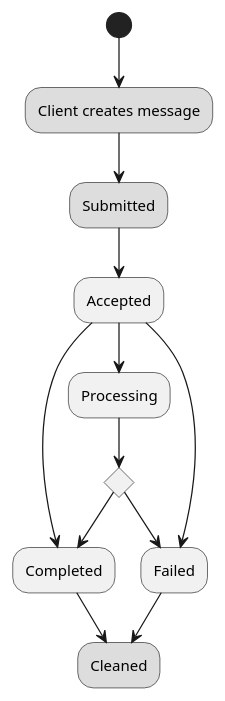
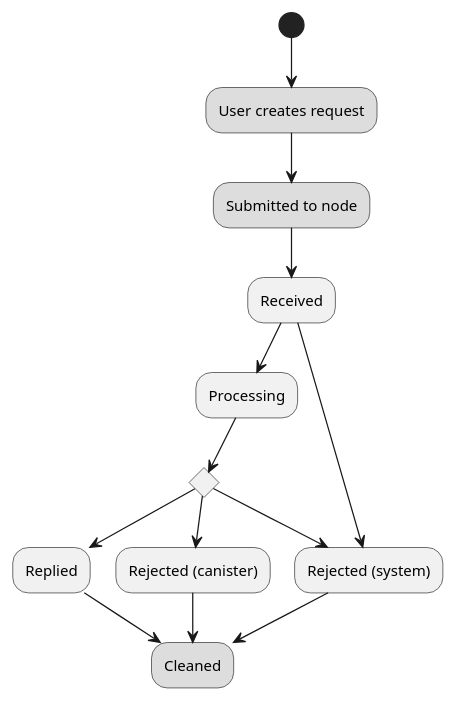
Before and after one commit to dfinity/interface-spec: the third of 3 diagrams in spec/index.adoc, drawn with PlantUML. The commit also changed other lines of this file, not shown here.

First line of the commit message:
Public Spec: Clarify request status evolution (dfinity-lab/dfinity#1486)

```diff
--- a/spec/index.adoc
+++ b/spec/index.adoc
@@ -967,16 +180,18 @@
 [plantuml]
 ....
-(*) --> "Client creates message" #DDDDDD
-   --> "Submitted" #DDDDDD
-   --> "Accepted"
+(*) --> "User creates request" #DDDDDD
+   --> "Submitted to node" #DDDDDD
+   --> "Received"
    --> "Processing"
-if "" then
-  --> "Completed"
+if "" as X then
+  --> "Replied"
   --> "Cleaned" #DDDDDD
   else
-  --> "Failed"
+  --> "Rejected (canister)"
   --> "Cleaned" #DDDDDD
-  "Accepted" --> "Completed"
-  "Accepted" --> "Failed"
+
+  "X"        --> "Rejected (system)"
+  "Received" --> "Rejected (system)"
+             --> "Cleaned" #DDDDDD
 endif
 ....
```
